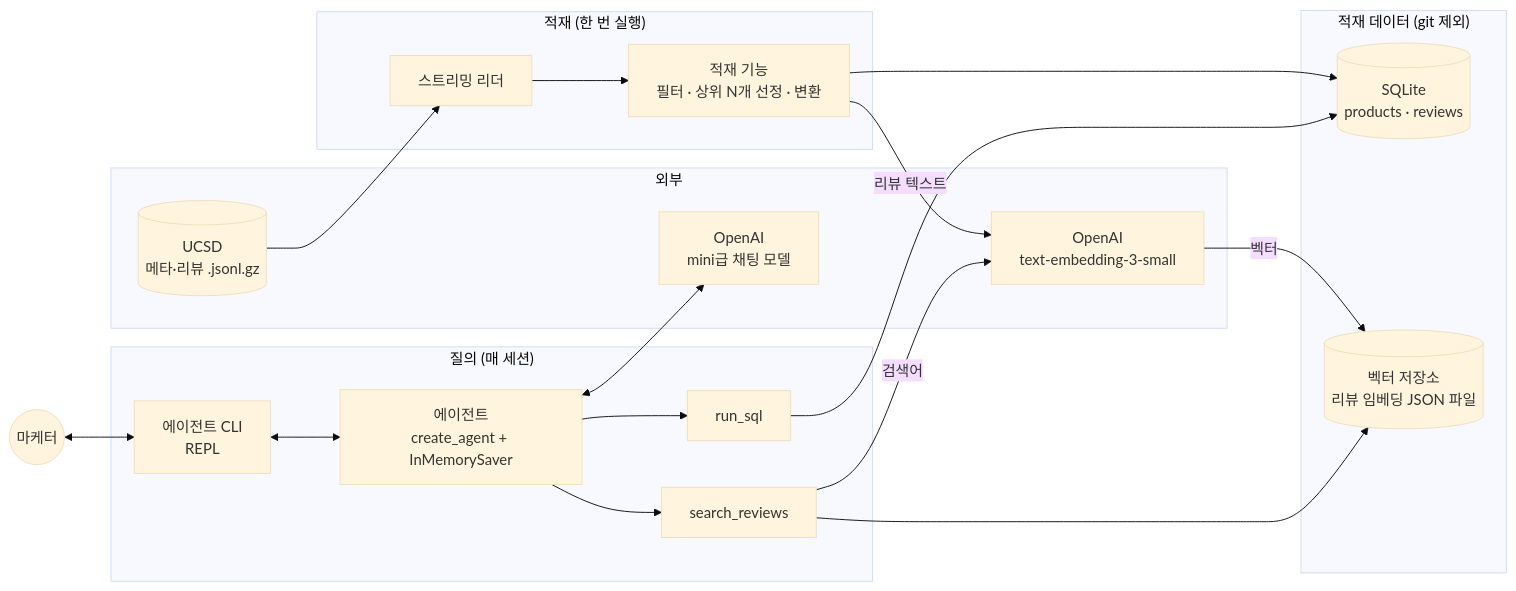
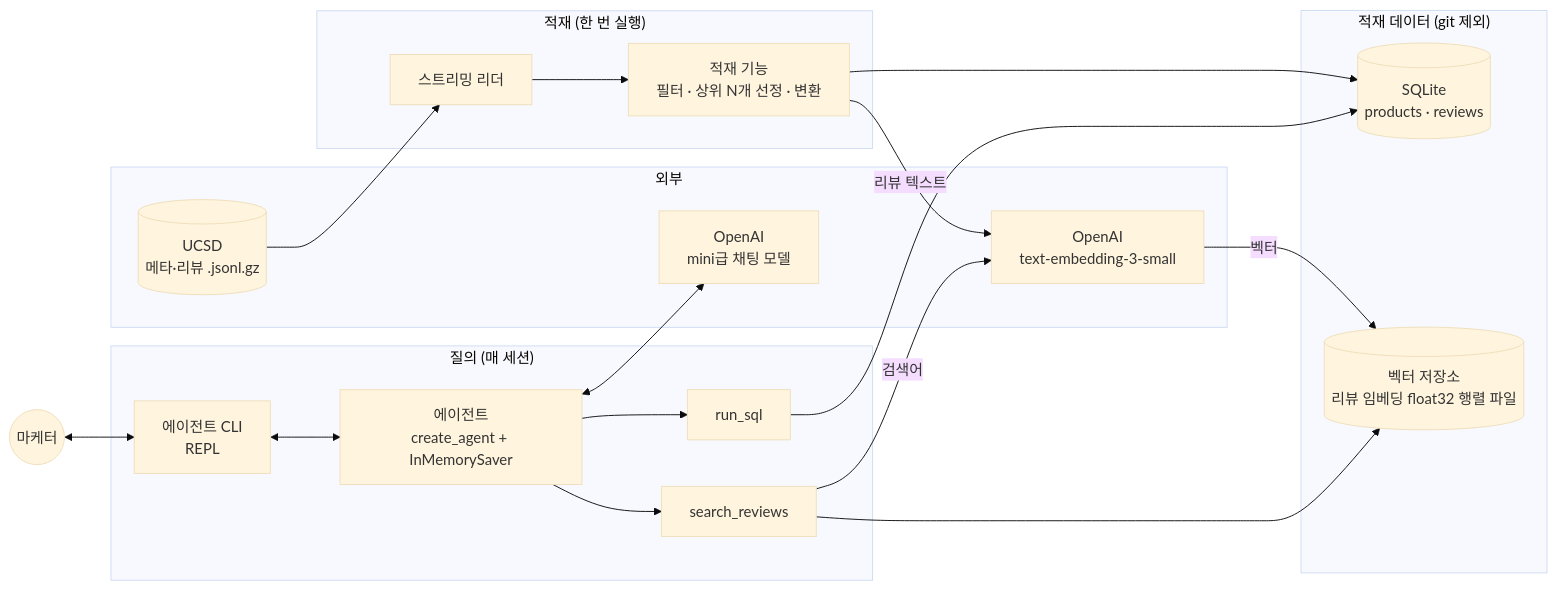
The first of 2 diagrams in docs/architecture.md (jhlee5647/marketing-agent-test), drawn with Mermaid (base theme) before and after one commit. The commit also changed other lines of this file and 7 other files, not shown here.

````diff
--- a/docs/architecture.md
+++ b/docs/architecture.md
@@ -9,35 +9,35 @@
 ```mermaid
 flowchart LR
     subgraph 외부
         UCSD[(UCSD<br/>메타·리뷰 .jsonl.gz)]
         EMB[OpenAI<br/>text-embedding-3-small]
         LLM[OpenAI<br/>mini급 채팅 모델]
     end
 
     subgraph 적재["적재 (한 번 실행)"]
         STREAM[스트리밍 리더]
         LOADER[적재 기능<br/>필터 · 상위 N개 선정 · 변환]
     end
 
     subgraph 적재데이터["적재 데이터 (git 제외)"]
         SQL[(SQLite<br/>products · reviews)]
-        VEC[(벡터 저장소<br/>리뷰 임베딩 JSON 파일)]
+        VEC[(벡터 저장소<br/>리뷰 임베딩 float32 행렬 파일)]
     end
 
     subgraph 질의["질의 (매 세션)"]
         CLI[에이전트 CLI<br/>REPL]
         AGENT[에이전트<br/>create_agent + InMemorySaver]
         T1[run_sql]
         T2[search_reviews]
     end
 
     UCSD --> STREAM --> LOADER
     LOADER --> SQL
     LOADER -- 리뷰 텍스트 --> EMB -- 벡터 --> VEC
 
     마케터((마케터)) <--> CLI <--> AGENT
     AGENT <--> LLM
     AGENT --> T1 --> SQL
     AGENT --> T2 --> VEC
     T2 -- 검색어 --> EMB
 ```
````
